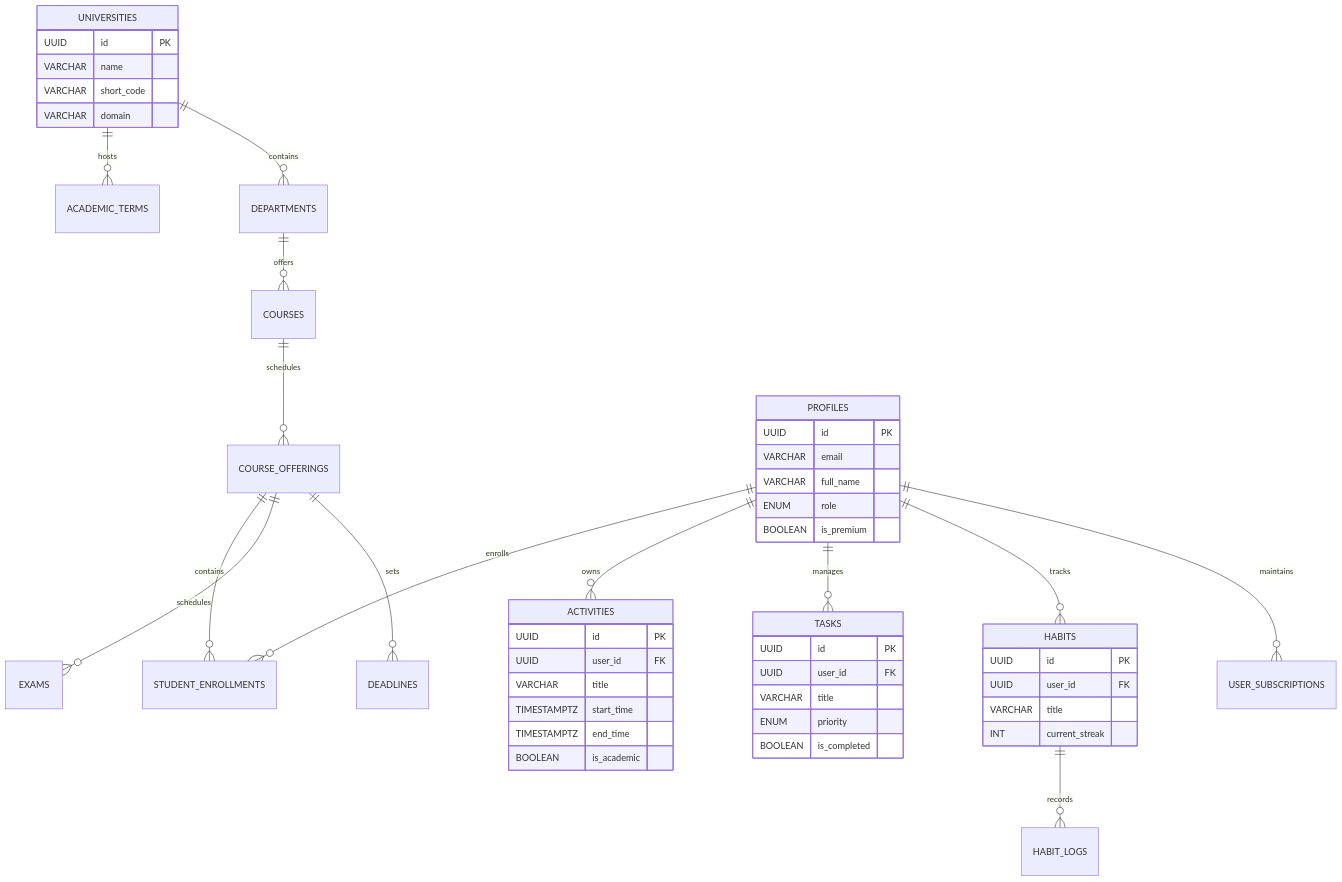
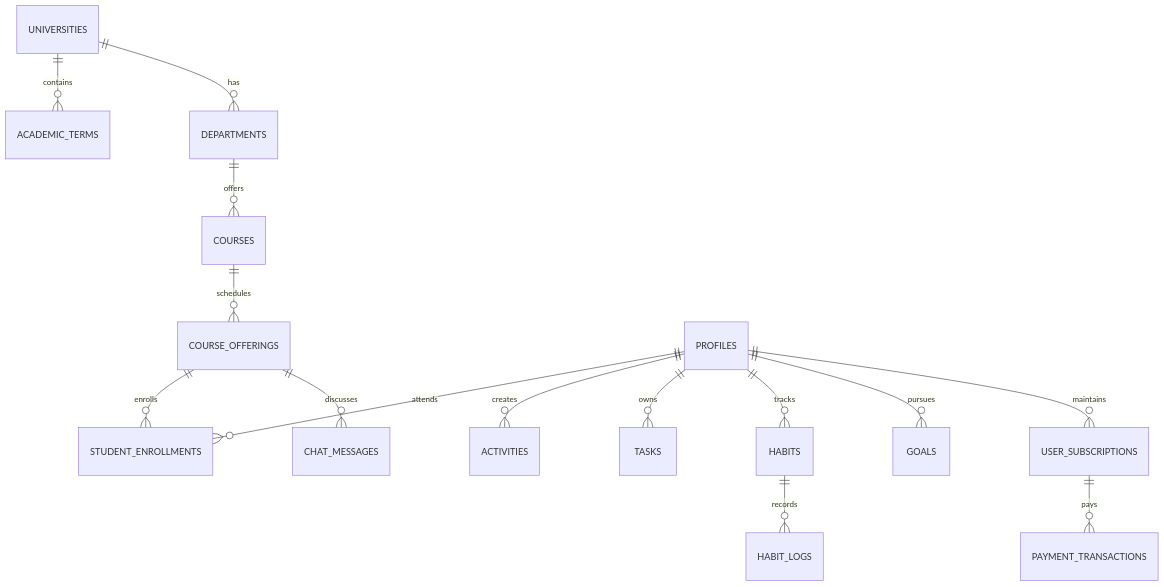
One commit to Ti838/RoutineFlow-App changed the fourth of 4 diagrams in README.md. Above: the diagram before and after it, drawn with Mermaid. The commit also changed other lines of this file and 4 other files, not shown here.

Commit message:
docs: clean conflict markers, update professional architecture blueprint, PRD, SRS, and integration guide

````diff
--- a/README.md
+++ b/README.md
@@ -142,51 +219,17 @@
 ```mermaid
 erDiagram
-    UNIVERSITIES ||--o{ ACADEMIC_TERMS : hosts
-    UNIVERSITIES ||--o{ DEPARTMENTS : contains
+    UNIVERSITIES ||--o{ ACADEMIC_TERMS : contains
+    UNIVERSITIES ||--o{ DEPARTMENTS : has
     DEPARTMENTS ||--o{ COURSES : offers
     COURSES ||--o{ COURSE_OFFERINGS : schedules
-    PROFILES ||--o{ STUDENT_ENROLLMENTS : enrolls
-    COURSE_OFFERINGS ||--o{ STUDENT_ENROLLMENTS : contains
-    PROFILES ||--o{ ACTIVITIES : owns
-    PROFILES ||--o{ TASKS : manages
+    COURSE_OFFERINGS ||--o{ STUDENT_ENROLLMENTS : enrolls
+    PROFILES ||--o{ STUDENT_ENROLLMENTS : attends
+    PROFILES ||--o{ ACTIVITIES : creates
+    PROFILES ||--o{ TASKS : owns
     PROFILES ||--o{ HABITS : tracks
     HABITS ||--o{ HABIT_LOGS : records
-    COURSE_OFFERINGS ||--o{ EXAMS : schedules
-    COURSE_OFFERINGS ||--o{ DEADLINES : sets
+    PROFILES ||--o{ GOALS : pursues
     PROFILES ||--o{ USER_SUBSCRIPTIONS : maintains
-
-    UNIVERSITIES {
-        UUID id PK
-        VARCHAR name
-        VARCHAR short_code
-        VARCHAR domain
-    }
-    PROFILES {
-        UUID id PK
-        VARCHAR email
-        VARCHAR full_name
-        ENUM role
-        BOOLEAN is_premium
-    }
-    ACTIVITIES {
-        UUID id PK
-        UUID user_id FK
-        VARCHAR title
-        TIMESTAMPTZ start_time
-        TIMESTAMPTZ end_time
-        BOOLEAN is_academic
-    }
-    TASKS {
-        UUID id PK
-        UUID user_id FK
-        VARCHAR title
-        ENUM priority
-        BOOLEAN is_completed
-    }
-    HABITS {
-        UUID id PK
-        UUID user_id FK
-        VARCHAR title
-        INT current_streak
-    }
+    USER_SUBSCRIPTIONS ||--o{ PAYMENT_TRANSACTIONS : pays
+    COURSE_OFFERINGS ||--o{ CHAT_MESSAGES : discusses
 ```
````
